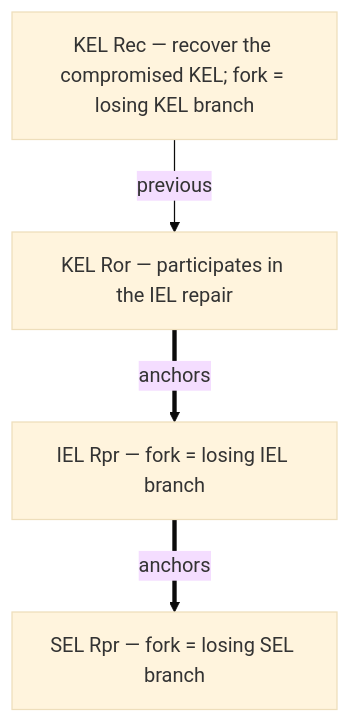
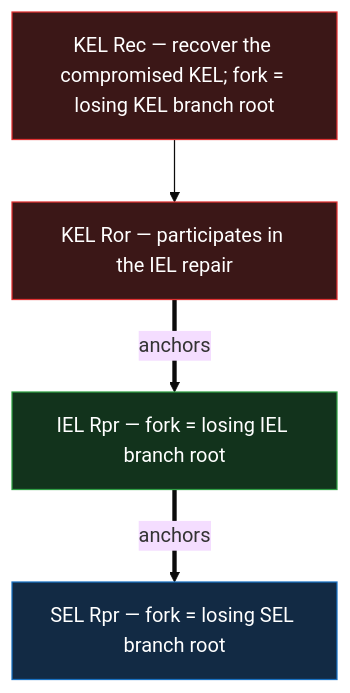
Before and after one commit to jasoncolburne/vdti: the second of 2 diagrams in docs/design/primitives/data/event-logs/iel/reconciliation.md, drawn with Mermaid (base theme). The commit also changed other lines of this file and 13 other files, not shown here.

Commit message:
VDTI-10: Fix table, diagrams, other defects

````diff
--- a/docs/design/primitives/data/event-logs/iel/reconciliation.md
+++ b/docs/design/primitives/data/event-logs/iel/reconciliation.md
@@ -38,10 +41,11 @@
 ```mermaid
 flowchart TB
-  Rec["KEL Rec — recover the compromised KEL; fork = losing KEL branch"]
-  Ror["KEL Ror — participates in the IEL repair"]
-  Rpr_i["IEL Rpr — fork = losing IEL branch"]
-  Rpr_s["SEL Rpr — fork = losing SEL branch"]
-  Rec -->|previous| Ror
+  Rec["KEL Rec — recover the compromised KEL; fork = losing KEL branch root"]:::kel --> Ror["KEL Ror — participates in the IEL repair"]:::kel
+  Rpr_i["IEL Rpr — fork = losing IEL branch root"]:::iel
+  Rpr_s["SEL Rpr — fork = losing SEL branch root"]:::sel
   Ror ==>|anchors| Rpr_i
   Rpr_i ==>|anchors| Rpr_s
+  classDef kel fill:#3b1717,stroke:#e03131,color:#fff
+  classDef iel fill:#12331c,stroke:#2f9e44,color:#fff
+  classDef sel fill:#122a44,stroke:#1971c2,color:#fff
 ```
````
